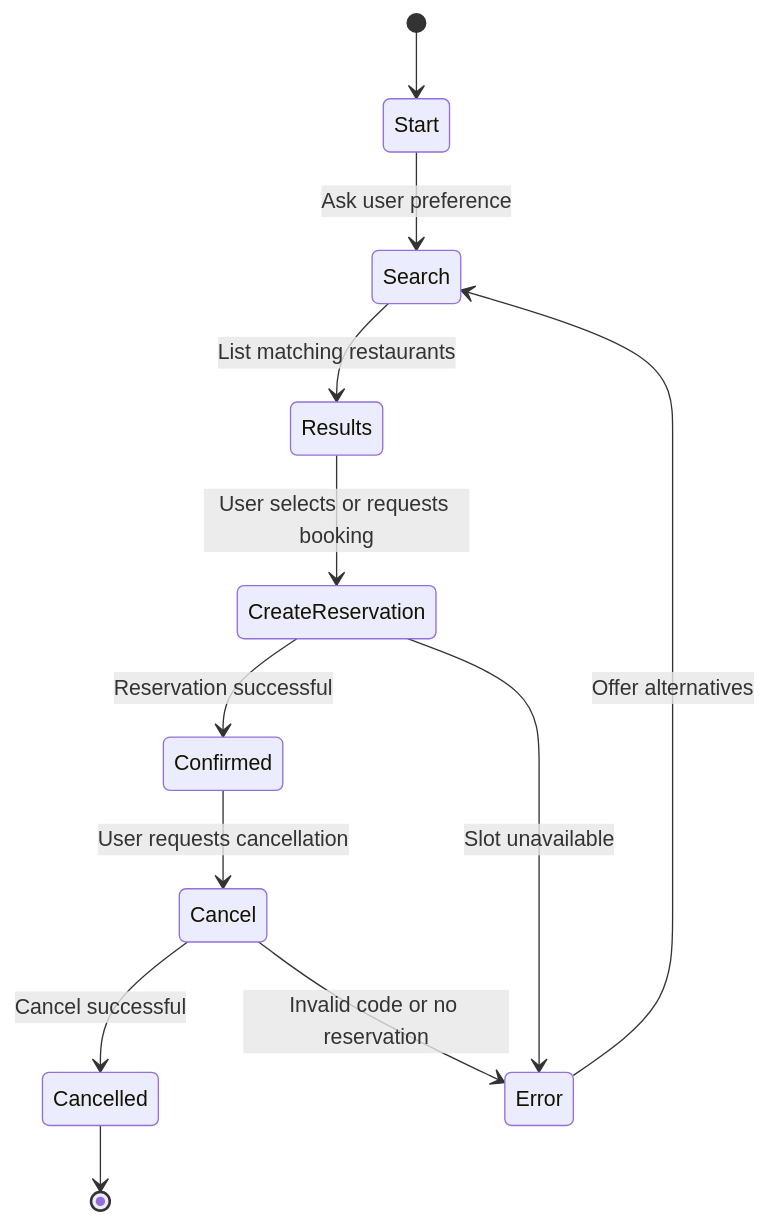
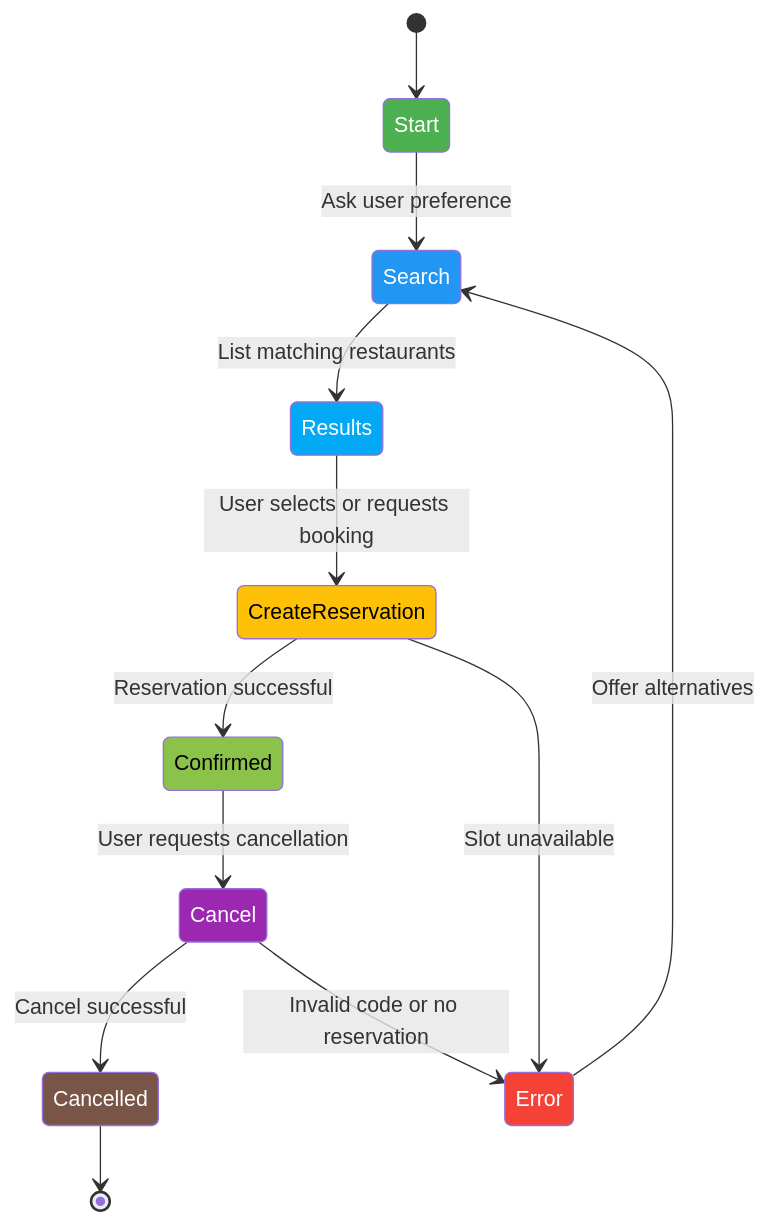
The second of 2 diagrams in README.md (Jagadeeshwar45/Restaurant-Reservation-System), drawn with Mermaid before and after one commit.

Commit message:
Updated README with project documentation and state diagram

````diff
--- a/README.md
+++ b/README.md
@@ -139,14 +139,25 @@
 ```mermaid
 stateDiagram-v2
     [*] --> Start
     Start --> Search: Ask user preference
     Search --> Results: List matching restaurants
     Results --> CreateReservation: User selects or requests booking
     CreateReservation --> Confirmed: Reservation successful
     CreateReservation --> Error: Slot unavailable
     Error --> Search: Offer alternatives
     Confirmed --> Cancel: User requests cancellation
     Cancel --> Cancelled: Cancel successful
     Cancel --> Error: Invalid code or no reservation
     Cancelled --> [*]
+
+    %% Style fixes for GitHub visibility
+    style Start fill:#4CAF50,color:#fff
+    style Search fill:#2196F3,color:#fff
+    style Results fill:#03A9F4,color:#fff
+    style CreateReservation fill:#FFC107,color:#000
+    style Confirmed fill:#8BC34A,color:#000
+    style Error fill:#F44336,color:#fff
+    style Cancel fill:#9C27B0,color:#fff
+    style Cancelled fill:#795548,color:#fff
+
 ```
````
